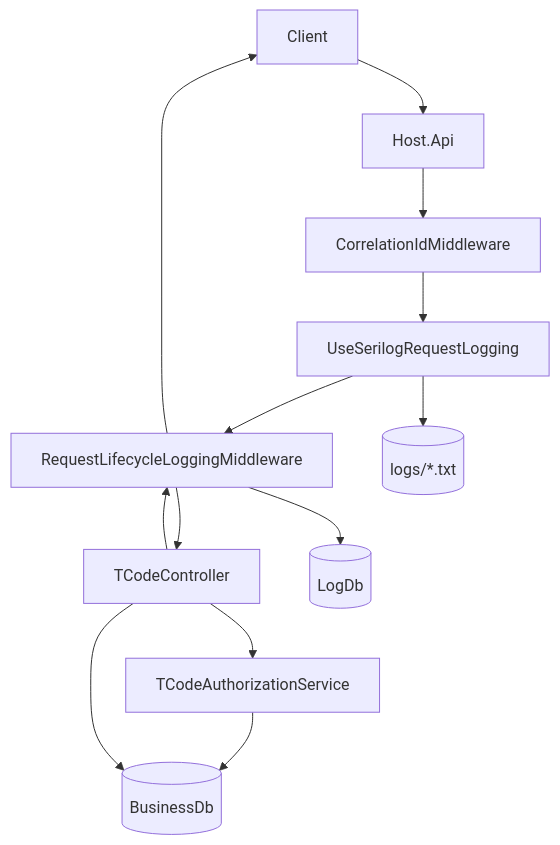
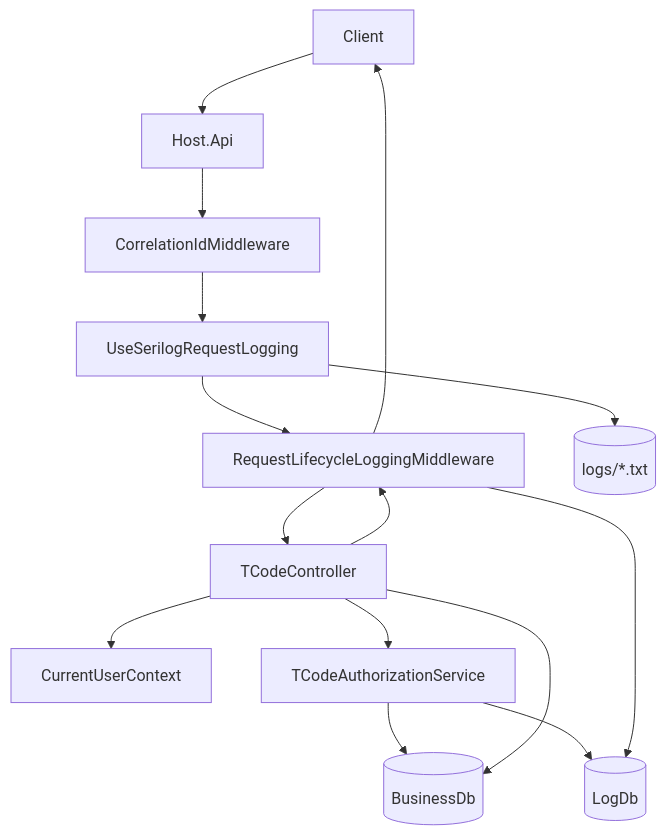
Before and after one commit to mithatcan55/ENTERPRISESYSTEM: the diagram in docs/architecture/request-log-flow.mmd, drawn with Mermaid. The commit also changed 6 other files, not shown here.

```diff
--- a/docs/architecture/request-log-flow.mmd
+++ b/docs/architecture/request-log-flow.mmd
@@ -1,24 +1,27 @@
 flowchart TD
     Client[Client]
     Api[Host.Api]
     Corr[CorrelationIdMiddleware]
     SerilogReq[UseSerilogRequestLogging]
     ReqLife[RequestLifecycleLoggingMiddleware]
     Controller[TCodeController]
+    UserCtx[CurrentUserContext]
     Authz[TCodeAuthorizationService]
     BusinessDb[(BusinessDb)]
     LogDb[(LogDb)]
     FileLog[(logs/*.txt)]
 
     Client --> Api
     Api --> Corr
     Corr --> SerilogReq
     SerilogReq --> ReqLife
     ReqLife --> Controller
+    Controller --> UserCtx
     Controller --> Authz
     Authz --> BusinessDb
+    Authz --> LogDb
     Controller --> BusinessDb
     ReqLife --> LogDb
     SerilogReq --> FileLog
     Controller --> ReqLife
     ReqLife --> Client
```
